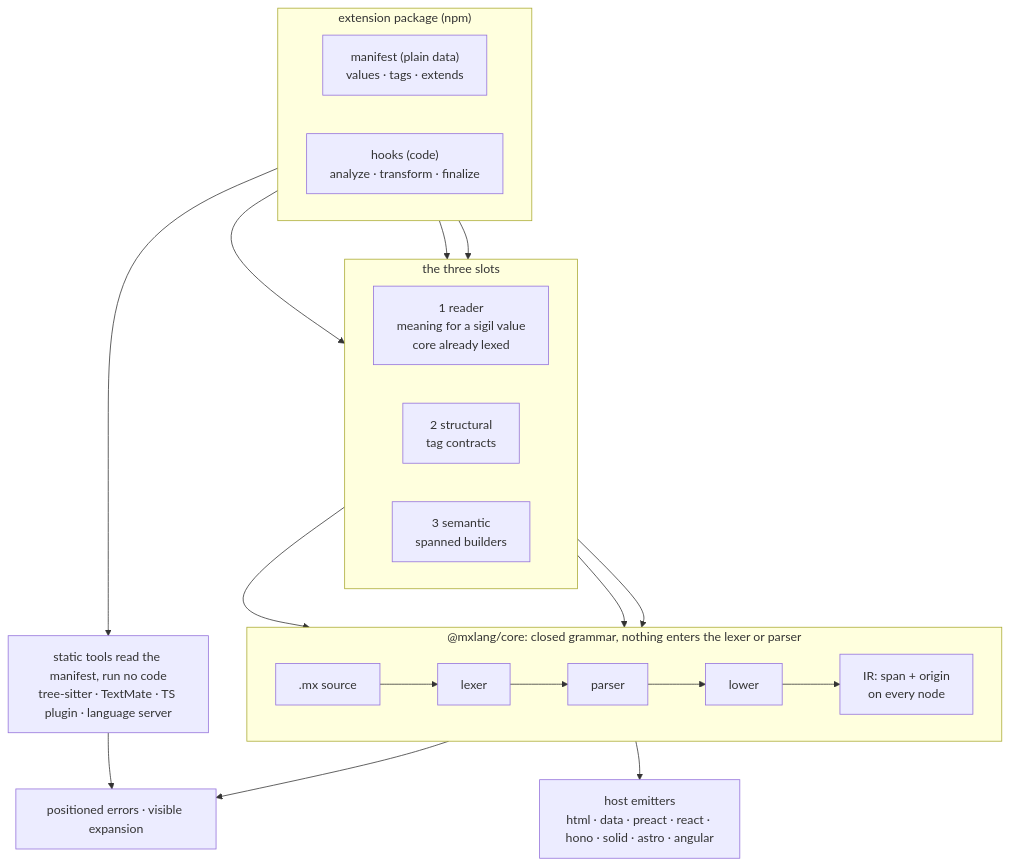
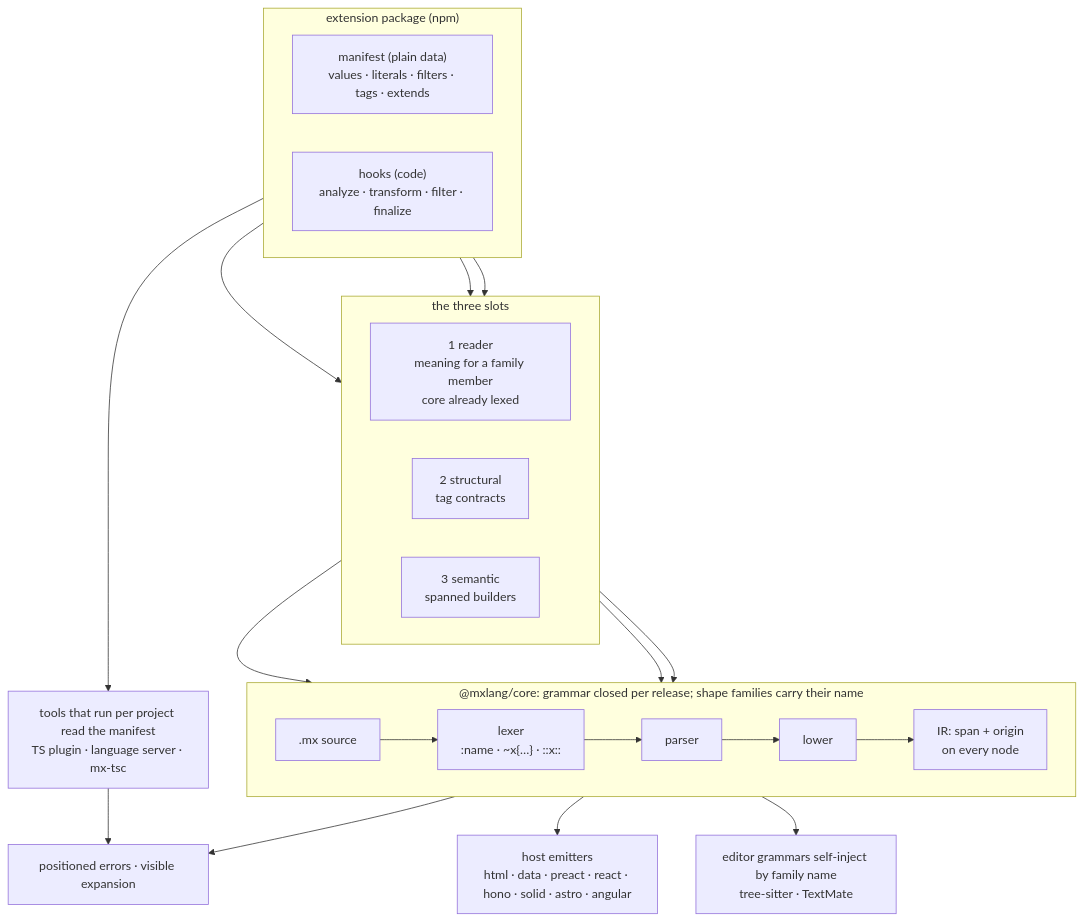
The diagram in apps/docs/docs/design-notes/language-extensions.md (svallory/mxlang), drawn with Mermaid before and after one commit. The commit also changed other lines of this file, not shown here.

````diff
--- a/apps/docs/docs/design-notes/language-extensions.md
+++ b/apps/docs/docs/design-notes/language-extensions.md
@@ -16,32 +18,33 @@
 ```mermaid
 flowchart TB
   subgraph ext["extension package (npm)"]
     direction LR
-    man["manifest (plain data)<br/>values · tags · extends"]
-    hooks["hooks (code)<br/>analyze · transform · finalize"]
+    man["manifest (plain data)<br/>values · literals · filters · tags · extends"]
+    hooks["hooks (code)<br/>analyze · transform · filter · finalize"]
   end
 
   subgraph slots["the three slots"]
     direction LR
-    s1["1 reader<br/>meaning for a sigil value<br/>core already lexed"]
+    s1["1 reader<br/>meaning for a family member<br/>core already lexed"]
     s2["2 structural<br/>tag contracts"]
     s3["3 semantic<br/>spanned builders"]
   end
 
-  subgraph core["@mxlang/core: closed grammar, nothing enters the lexer or parser"]
+  subgraph core["@mxlang/core: grammar closed per release; shape families carry their name"]
     direction LR
-    src[".mx source"] --> lex["lexer"] --> parse["parser"] --> lower["lower"] --> ir["IR: span + origin<br/>on every node"]
+    src[".mx source"] --> lex["lexer<br/>:name · ~x{…} · ::x::"] --> parse["parser"] --> lower["lower"] --> ir["IR: span + origin<br/>on every node"]
   end
 
   man --> s1
   man --> s2
   hooks --> s3
   s1 --> lower
   s2 --> lower
   s3 --> lower
 
   ir --> emit["host emitters<br/>html · data · preact · react · hono · solid · astro · angular"]
-  man --> tools["static tools read the manifest, run no code<br/>tree-sitter · TextMate · TS plugin · language server"]
+  man --> tools["tools that run per project read the manifest<br/>TS plugin · language server · mx-tsc"]
+  lex --> editors["editor grammars self-inject by family name<br/>tree-sitter · TextMate"]
   lower --> diag["positioned errors · visible expansion"]
   tools --> diag
 ```
````
